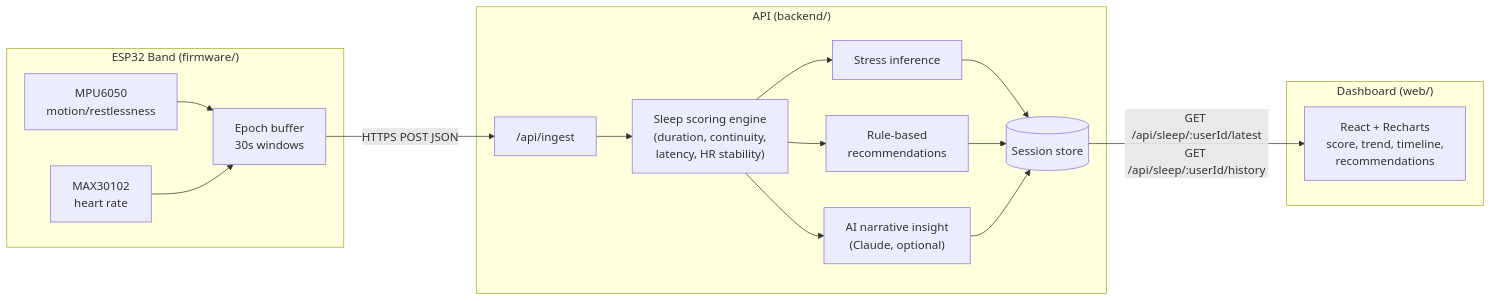
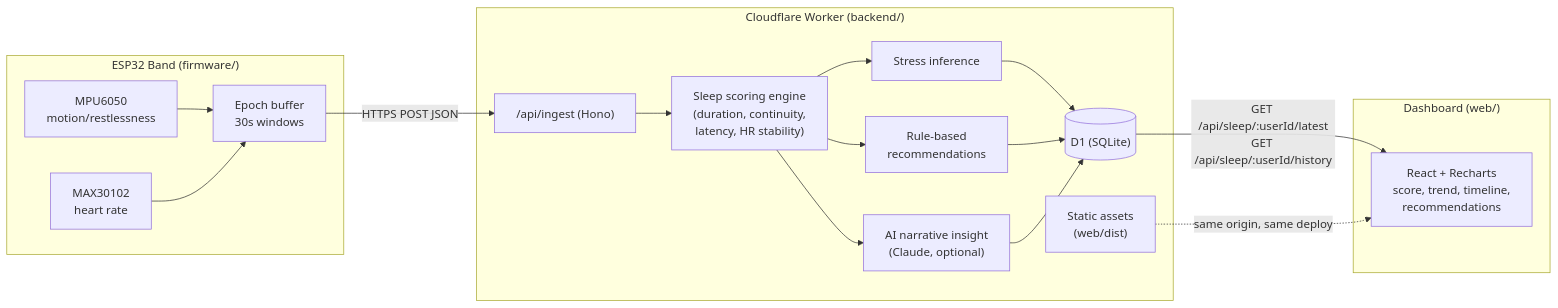
One commit to itsdaniel-exe/ZenSleep changed the diagram in docs/architecture.md. Above: the diagram before and after it, drawn with Mermaid. The commit also changed other lines of this file and 25 other files, not shown here.

First line of the commit message:
Migrate backend to Cloudflare Workers (Hono + D1), deploy live

````diff
--- a/docs/architecture.md
+++ b/docs/architecture.md
@@ -8,32 +9,34 @@
 ```mermaid
 flowchart LR
     subgraph Wearable["ESP32 Band (firmware/)"]
         MPU["MPU6050\nmotion/restlessness"]
         MAX["MAX30102\nheart rate"]
         FW["Epoch buffer\n30s windows"]
         MPU --> FW
         MAX --> FW
     end
 
-    subgraph Backend["API (backend/)"]
-        Ingest["/api/ingest"]
+    subgraph Worker["Cloudflare Worker (backend/)"]
+        Ingest["/api/ingest (Hono)"]
         Score["Sleep scoring engine\n(duration, continuity,\nlatency, HR stability)"]
         Stress["Stress inference"]
         Rec["Rule-based\nrecommendations"]
         AI["AI narrative insight\n(Claude, optional)"]
-        DB[("Session store")]
+        DB[("D1 (SQLite)")]
+        Assets["Static assets\n(web/dist)"]
         Ingest --> Score --> Stress
         Score --> Rec
         Score --> AI
         Stress --> DB
         Rec --> DB
         AI --> DB
     end
 
     subgraph Web["Dashboard (web/)"]
         UI["React + Recharts\nscore, trend, timeline,\nrecommendations"]
     end
 
     FW -- "HTTPS POST JSON" --> Ingest
     DB -- "GET /api/sleep/:userId/latest\nGET /api/sleep/:userId/history" --> UI
+    Assets -. "same origin, same deploy" .-> UI
 ```
````
